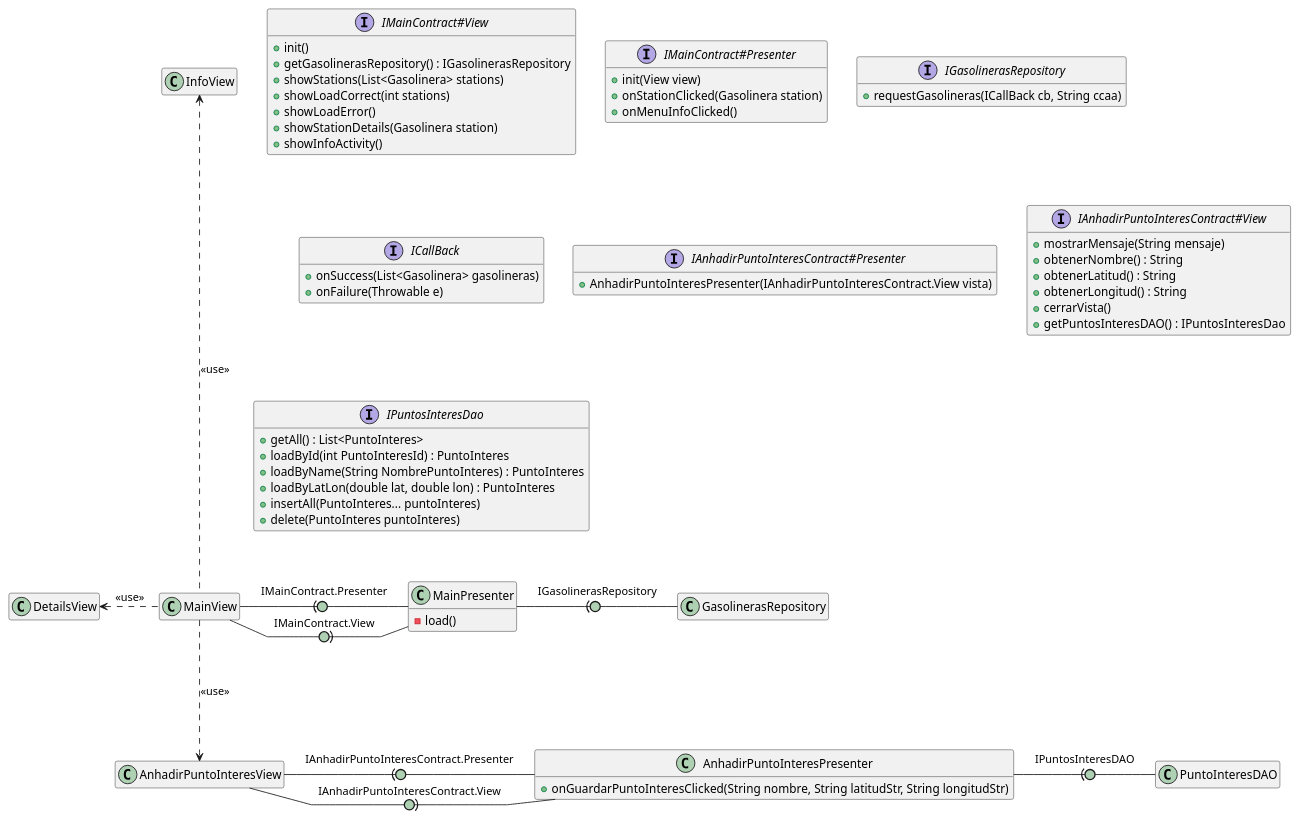
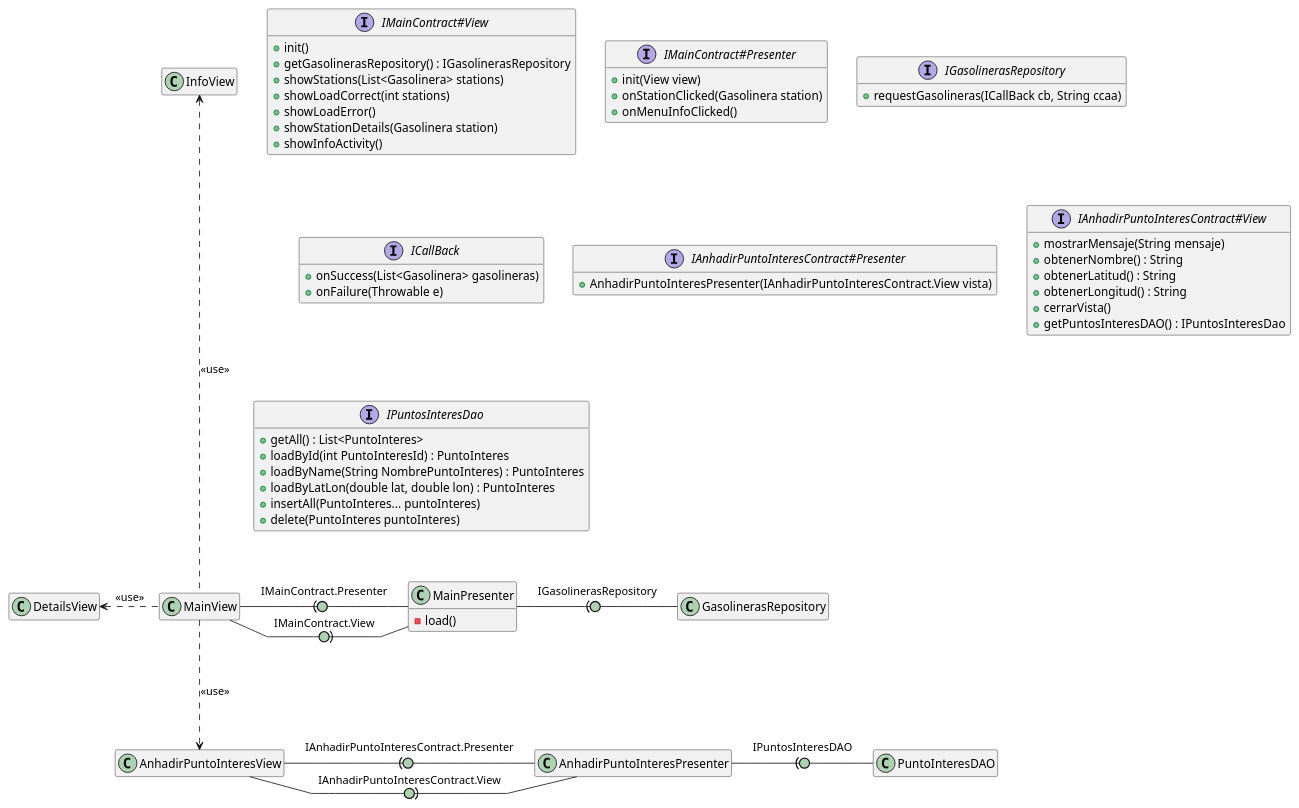
One commit to rivasjm/App-Gasolineras-Grupo2 changed the diagram in Docs/Models/architecture.puml. Above: the diagram before and after it, drawn with PlantUML.

```diff
--- a/Docs/Models/architecture.puml
+++ b/Docs/Models/architecture.puml
@@ -1,73 +1,69 @@
 @startuml clases
 
 hide empty members
 skinparam linetype polyline
 skinparam arrowLollipopColor #ADD1B2
 
 MainView -right(0- MainPresenter : IMainContract.Presenter
 MainView -right0)- MainPresenter : IMainContract.View
 MainView -up..-> InfoView : <<use>>
 MainView -left..> DetailsView : <<use>>
 MainView -down..> AnhadirPuntoInteresView : <<use>>
 MainPresenter -right(0- GasolinerasRepository : IGasolinerasRepository
 
 AnhadirPuntoInteresView -right(0- AnhadirPuntoInteresPresenter : IAnhadirPuntoInteresContract.Presenter
 AnhadirPuntoInteresView -right0)- AnhadirPuntoInteresPresenter : IAnhadirPuntoInteresContract.View
 AnhadirPuntoInteresPresenter -right(0- PuntoInteresDAO : IPuntosInteresDAO
 
 class MainPresenter {
     -load()
 }
 
 interface IMainContract#View {
     + init()
     + getGasolinerasRepository() : IGasolinerasRepository
     + showStations(List<Gasolinera> stations)
     + showLoadCorrect(int stations)
     + showLoadError()
     + showStationDetails(Gasolinera station)
     + showInfoActivity()
 }
 
 interface IMainContract#Presenter {
     + init(View view)
     + onStationClicked(Gasolinera station)
     + onMenuInfoClicked()
 }
 
 interface IGasolinerasRepository {
     + requestGasolineras(ICallBack cb, String ccaa)
 }
 
 interface ICallBack {
     + onSuccess(List<Gasolinera> gasolineras)
     + onFailure(Throwable e)
 }
 
 interface IAnhadirPuntoInteresContract#Presenter {
     + AnhadirPuntoInteresPresenter(IAnhadirPuntoInteresContract.View vista)
 }
 
-class AnhadirPuntoInteresPresenter {
-    + onGuardarPuntoInteresClicked(String nombre, String latitudStr, String longitudStr)
-}
-
 interface IAnhadirPuntoInteresContract#View {
     + mostrarMensaje(String mensaje)
     + obtenerNombre() : String
     + obtenerLatitud() : String
     + obtenerLongitud() : String
     + cerrarVista()
     + getPuntosInteresDAO() : IPuntosInteresDao
 }
 
 interface IPuntosInteresDao {
     + getAll() : List<PuntoInteres>
     + loadById(int PuntoInteresId) : PuntoInteres
     + loadByName(String NombrePuntoInteres) : PuntoInteres
     + loadByLatLon(double lat, double lon) : PuntoInteres
     + insertAll(PuntoInteres... puntoInteres)
     + delete(PuntoInteres puntoInteres)
 }
 
 @enduml
```
